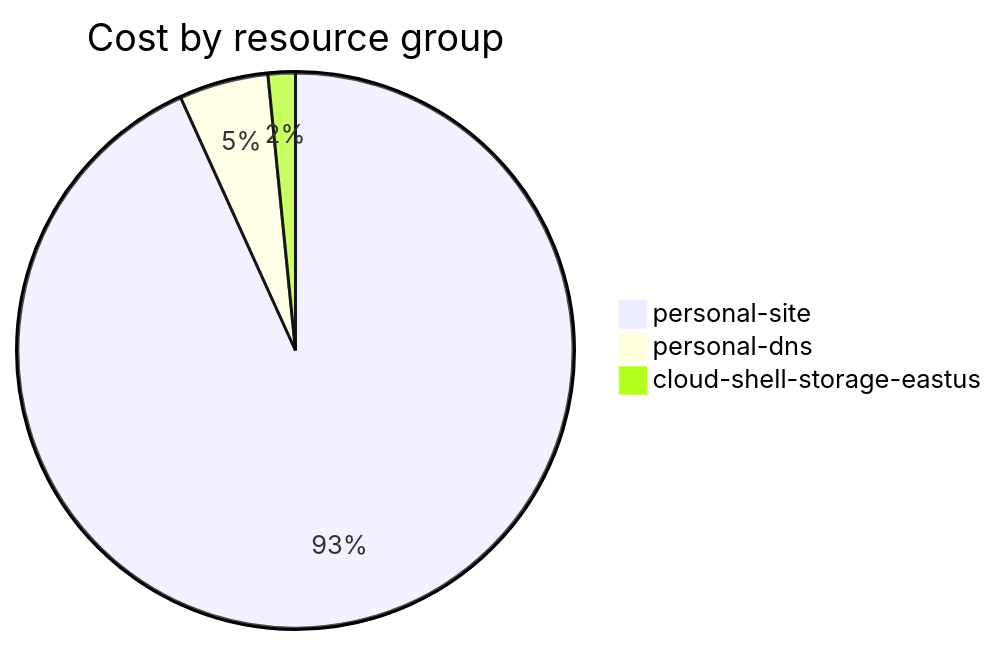
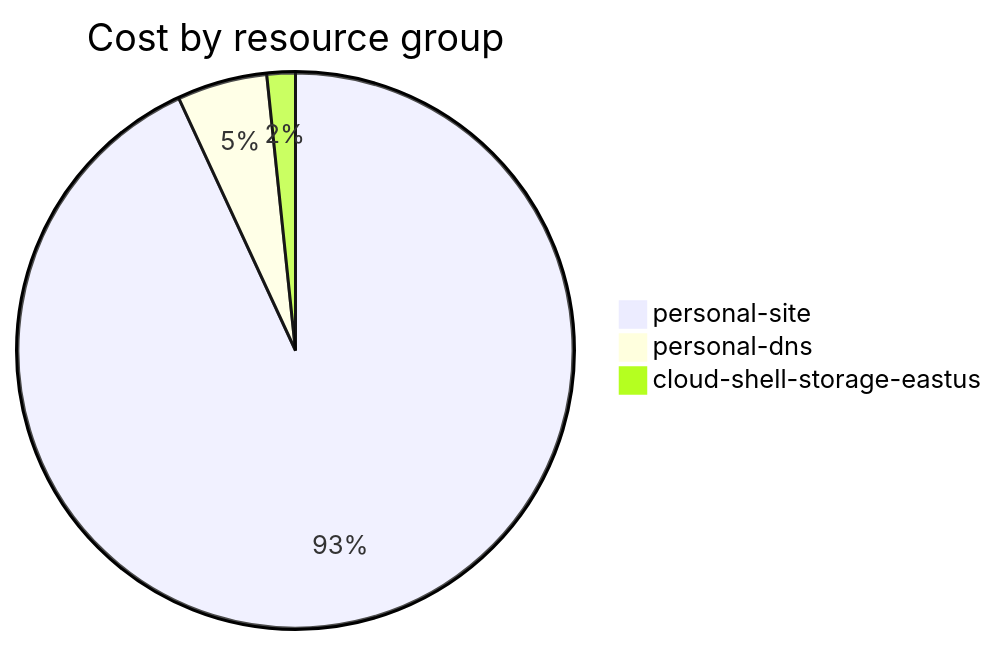
One commit to jpfulton/azure-personal-reports changed the fourth of 4 diagrams in cost-reports/accumulated-cost.md. Above: the diagram before and after it, drawn with Mermaid. The commit also changed other lines of this file and 4 other files, not shown here.

````diff
--- a/cost-reports/accumulated-cost.md
+++ b/cost-reports/accumulated-cost.md
@@ -141,7 +141,7 @@
 ```mermaid
 pie
    title Cost by resource group
-   "personal-site" : 6.46
-   "personal-dns" : 0.36
-   "cloud-shell-storage-eastus" : 0.11
+   "personal-site" : 6.75
+   "personal-dns" : 0.38
+   "cloud-shell-storage-eastus" : 0.12
 ```
````
